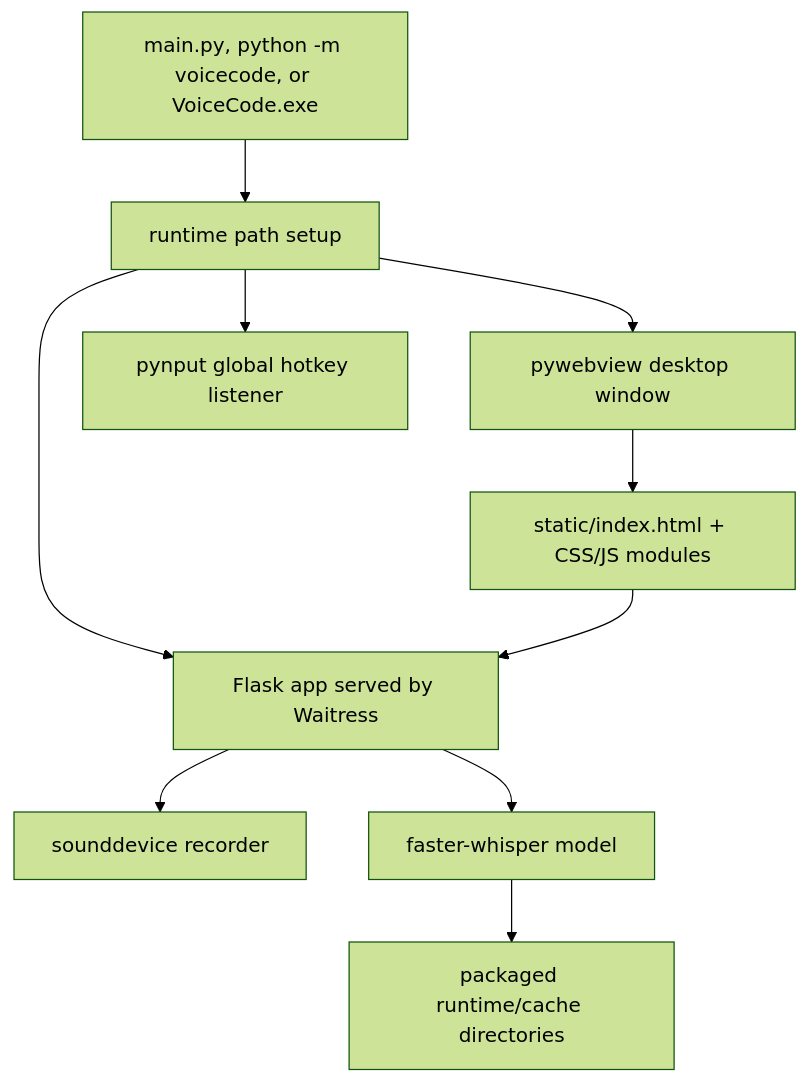
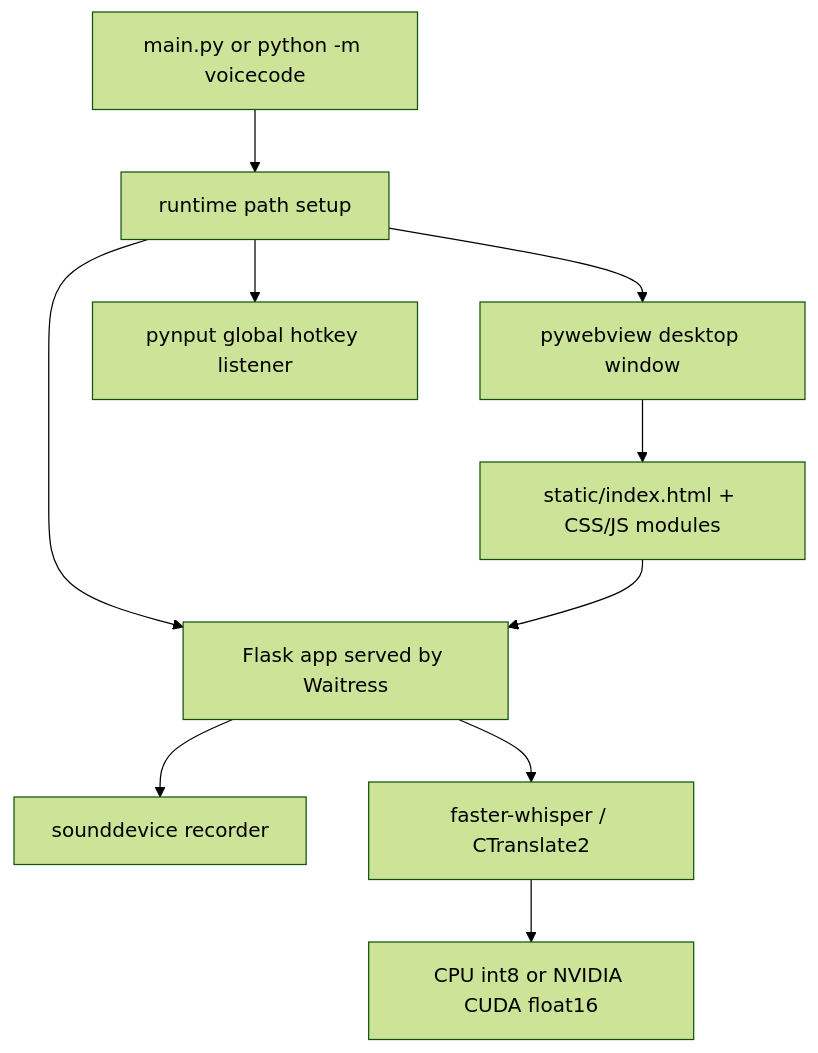
The diagram in AGENTS.md (learnerbruse1/voicecode), drawn with Mermaid (forest theme) before and after one commit. The commit also changed other lines of this file and 34 other files, not shown here.

````diff
--- a/AGENTS.md
+++ b/AGENTS.md
@@ -39,12 +34,12 @@
 ```mermaid
 flowchart TD
-    A["main.py, python -m voicecode, or VoiceCode.exe"] --> R["runtime path setup"]
+    A["main.py or python -m voicecode"] --> R["runtime path setup"]
     R --> B["Flask app served by Waitress"]
     R --> C["pywebview desktop window"]
     R --> D["pynput global hotkey listener"]
     C --> E["static/index.html + CSS/JS modules"]
     E --> B
     B --> F["sounddevice recorder"]
-    B --> G["faster-whisper model"]
-    G --> H["packaged runtime/cache directories"]
+    B --> G["faster-whisper / CTranslate2"]
+    G --> H["CPU int8 or NVIDIA CUDA float16"]
 ```
````
